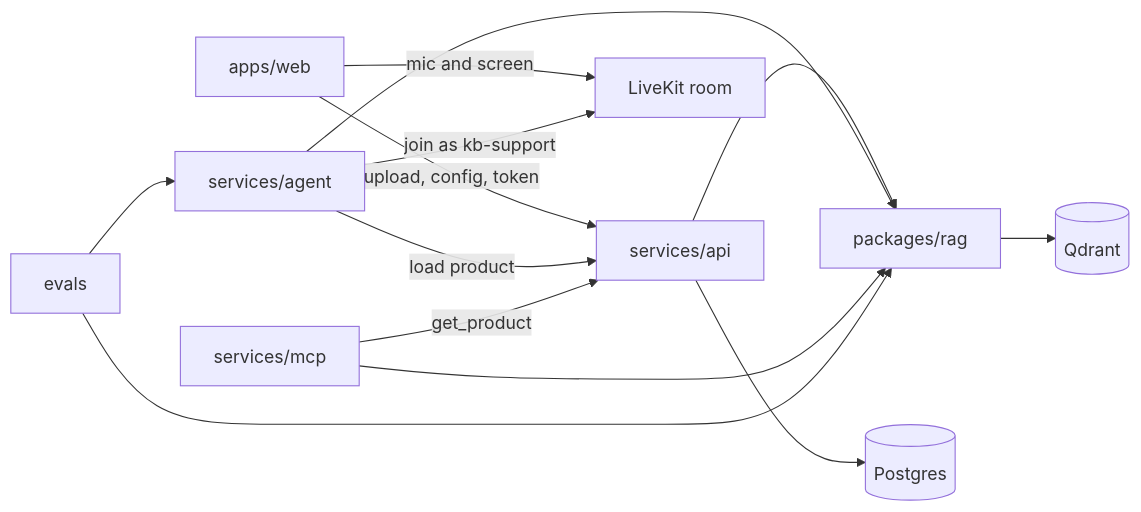
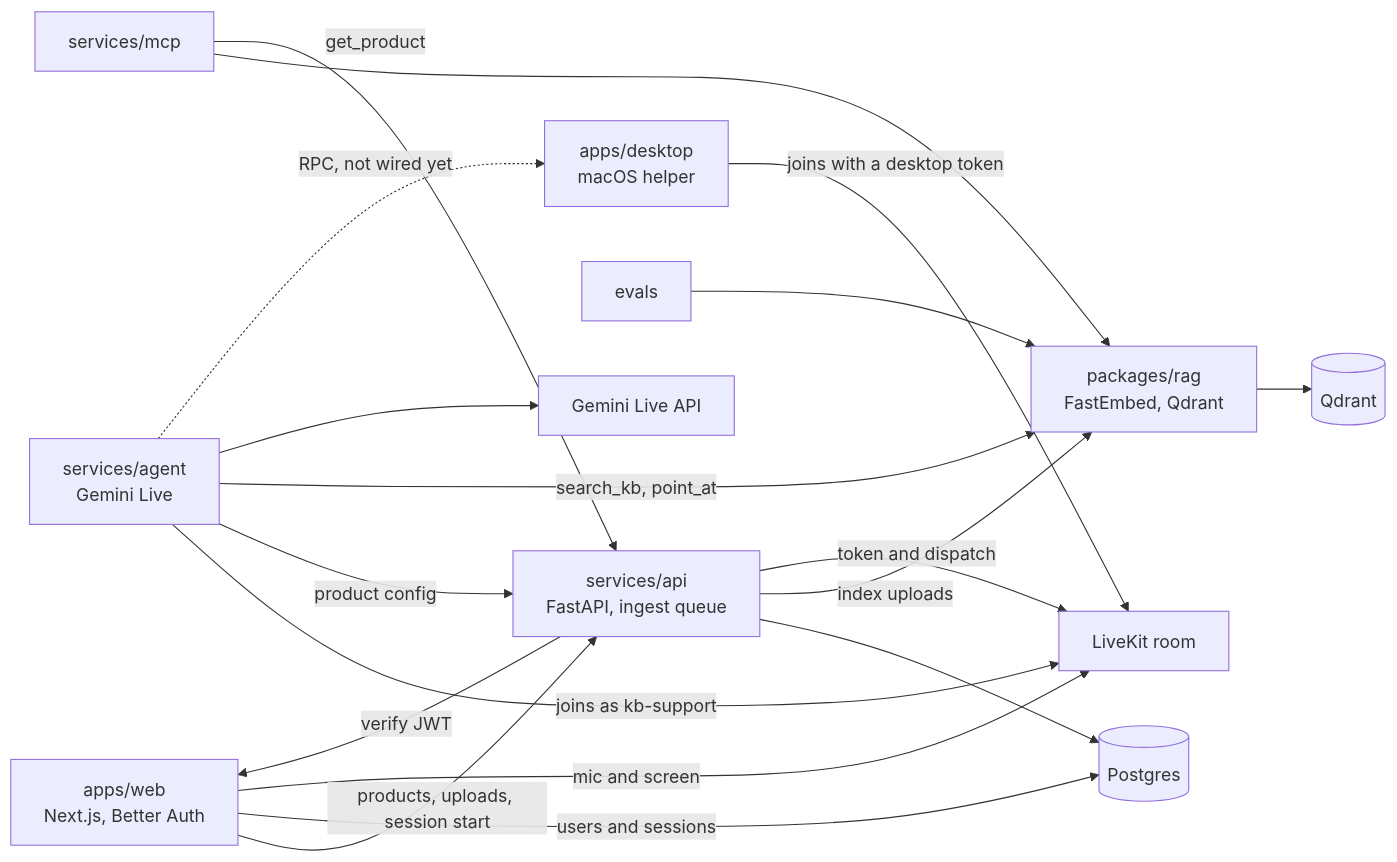
The diagram in README.md (kocherev/kb-copilot), drawn with Mermaid before and after one commit. The commit also changed other lines of this file and 11 other files, not shown here.

````diff
--- a/README.md
+++ b/README.md
@@ -9,25 +114,32 @@
 ```mermaid
 flowchart LR
-  web["apps/web"]
-  api["services/api"]
-  agent["services/agent"]
+  web["apps/web<br/>Next.js, Better Auth"]
+  api["services/api<br/>FastAPI, ingest queue"]
+  agent["services/agent<br/>Gemini Live"]
+  rag["packages/rag<br/>FastEmbed, Qdrant"]
   mcp["services/mcp"]
-  rag["packages/rag"]
+  desktop["apps/desktop<br/>macOS helper"]
   evals["evals"]
   pg[(Postgres)]
   qd[(Qdrant)]
   room["LiveKit room"]
+  gemini["Gemini Live API"]
 
-  web -->|"upload, config, token"| api
+  web -->|"products, uploads, session start"| api
+  web -->|"users and sessions"| pg
   web -->|"mic and screen"| room
+  api -->|"verify JWT"| web
   api --> pg
-  api --> rag
+  api -->|"index uploads"| rag
+  api -->|"token and dispatch"| room
   rag --> qd
-  agent -->|"join as kb-support"| room
-  agent -->|"load product"| api
-  agent --> rag
+  agent -->|"joins as kb-support"| room
+  agent -->|"product config"| api
+  agent -->|"search_kb, point_at"| rag
+  agent --> gemini
   mcp --> rag
   mcp -->|"get_product"| api
+  desktop -->|"joins with a desktop token"| room
+  agent -.->|"RPC, not wired yet"| desktop
   evals --> rag
-  evals --> agent
 ```
````
